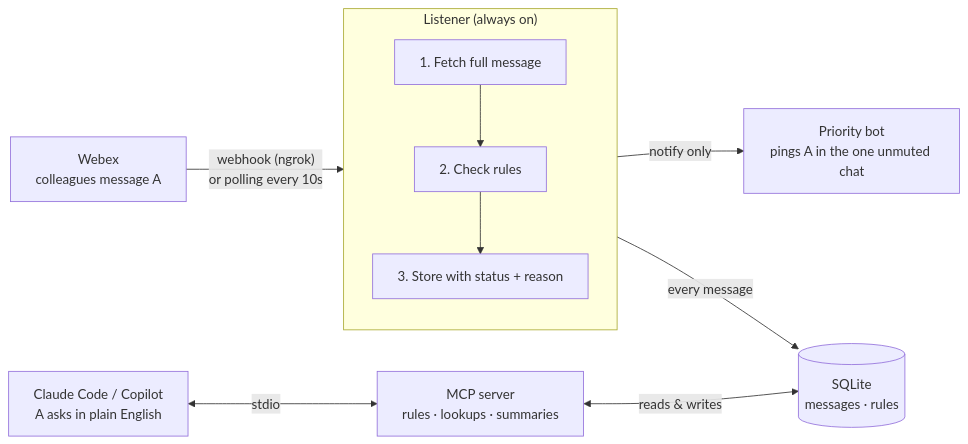
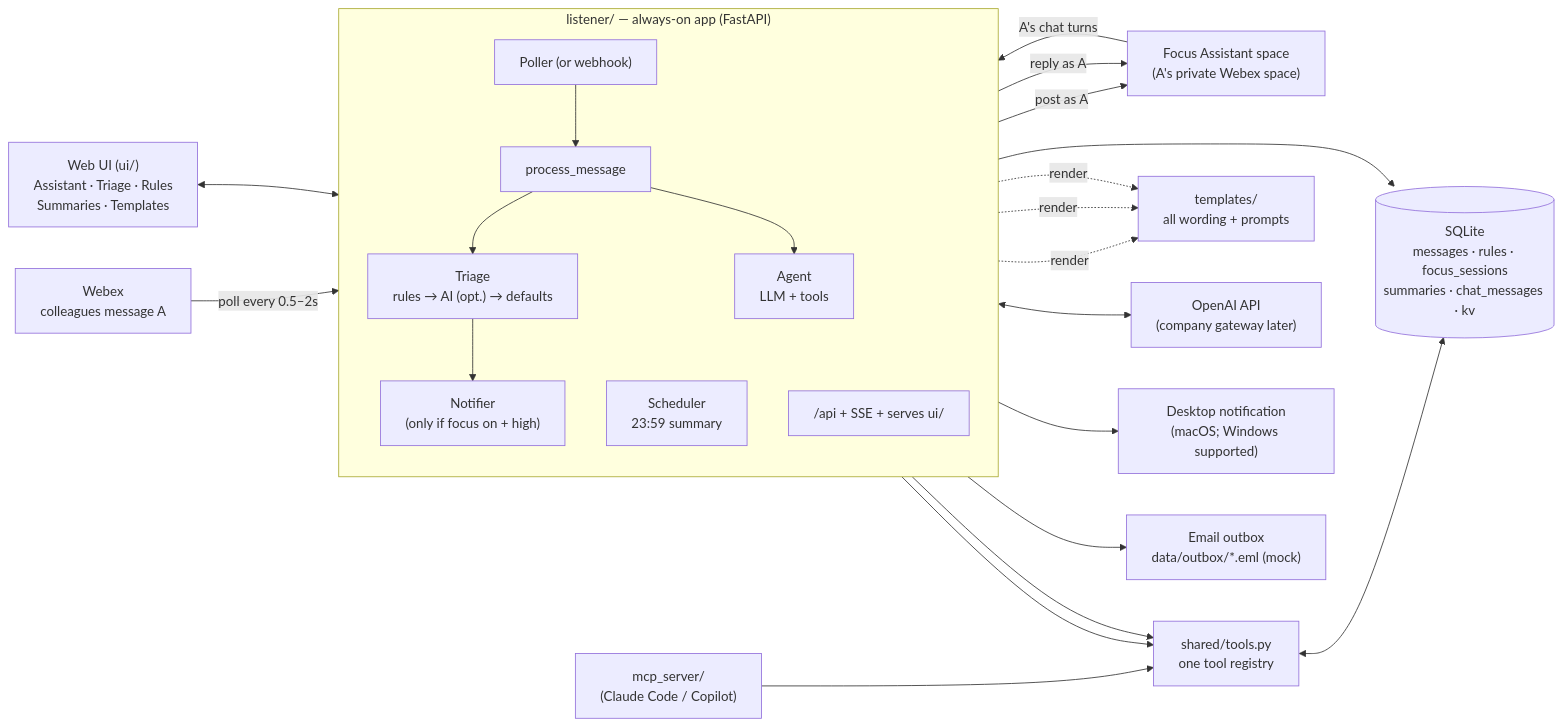
The diagram in docs/architecture.md (peinanwang/webex-tool), drawn with Mermaid before and after one commit. The commit also changed other lines of this file and 21 other files, not shown here.

First line of the commit message:
Plan v2: AI assistant, live triage, templates, web UI

````diff
--- a/docs/architecture.md
+++ b/docs/architecture.md
@@ -5,18 +5,37 @@
 ```mermaid
 flowchart LR
     W["Webex<br/>colleagues message A"]
-    subgraph L["Listener (always on)"]
+    FA["Focus Assistant space<br/>(A's private Webex space)"]
+    subgraph L["listener/ — always-on app (FastAPI)"]
         direction TB
-        F["1. Fetch full message"] --> R["2. Check rules"] --> S["3. Store with status + reason"]
+        P["Poller (or webhook)"] --> PM["process_message"]
+        PM --> T["Triage<br/>rules → AI (opt.) → defaults"]
+        PM --> AG["Agent<br/>LLM + tools"]
+        T --> N["Notifier<br/>(only if focus on + high)"]
+        SC["Scheduler<br/>23:59 summary"]
+        API["/api + SSE + serves ui/"]
     end
-    DB[("SQLite<br/>messages · rules")]
-    BOT["Priority bot<br/>pings A in the one unmuted chat"]
-    MCP["MCP server<br/>rules · lookups · summaries"]
-    AI["Claude Code / Copilot<br/>A asks in plain English"]
+    TOOLS["shared/tools.py<br/>one tool registry"]
+    TPL["templates/<br/>all wording + prompts"]
+    DB[("SQLite<br/>messages · rules · focus_sessions<br/>summaries · chat_messages · kv")]
+    LLM["OpenAI API<br/>(company gateway later)"]
+    DESK["Desktop notification<br/>(macOS; Windows supported)"]
+    MAIL["Email outbox<br/>data/outbox/*.eml (mock)"]
+    UI["Web UI (ui/)<br/>Assistant · Triage · Rules<br/>Summaries · Templates"]
+    MCP["mcp_server/<br/>(Claude Code / Copilot)"]
 
-    W -- "webhook (ngrok)<br/>or polling every 10s" --> L
-    L -- "notify only" --> BOT
-    L -- "every message" --> DB
-    MCP <-- "reads & writes" --> DB
-    AI <-- "stdio" --> MCP
+    W -- "poll every 0.5–2s" --> P
+    FA -- "A's chat turns" --> P
+    N -- "post as A" --> FA
+    N --> DESK
+    AG -- "reply as A" --> FA
+    AG <--> LLM
+    AG --> TOOLS
+    API --> TOOLS
+    MCP --> TOOLS
+    TOOLS <--> DB
+    PM --> DB
+    SC --> MAIL
+    UI <--> API
+    N & AG & SC -. render .-> TPL
 ```
````
